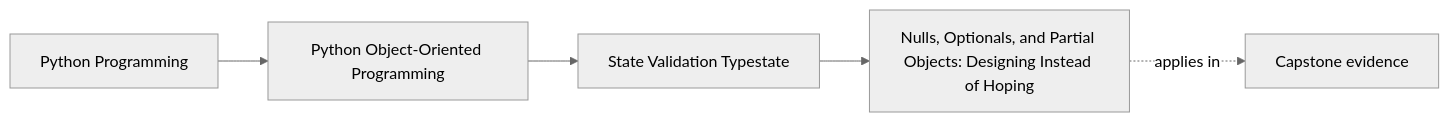
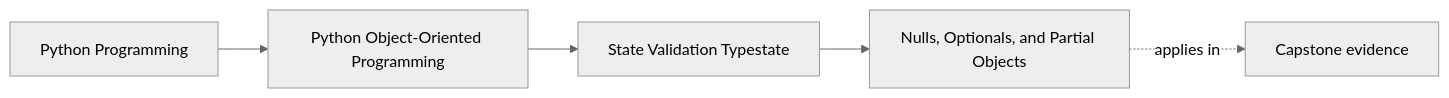
The first of 2 diagrams in programs/python-programming/python-object-oriented-programming/course-book/module-03-state-validation-typestate/null-optionals-and-partial-objects.md (bijux/bijux-masterclass), drawn with Mermaid (neutral theme) before and after one commit. The commit also changed other lines of this file, not shown here.

Commit message:
docs(oop): separate real absence from partial state

````diff
--- a/programs/python-programming/python-object-oriented-programming/course-book/module-03-state-validation-typestate/null-optionals-and-partial-objects.md
+++ b/programs/python-programming/python-object-oriented-programming/course-book/module-03-state-validation-typestate/null-optionals-and-partial-objects.md
@@ -7,11 +6,11 @@
 ```mermaid
 graph LR
   family["Python Programming"]
   program["Python Object-Oriented Programming"]
   section["State Validation Typestate"]
-  page["Nulls, Optionals, and Partial Objects: Designing Instead of Hoping"]
+  page["Nulls, Optionals, and Partial Objects"]
   capstone["Capstone evidence"]
 
   family --> program --> section --> page
   page -.applies in.-> capstone
 ```
````
